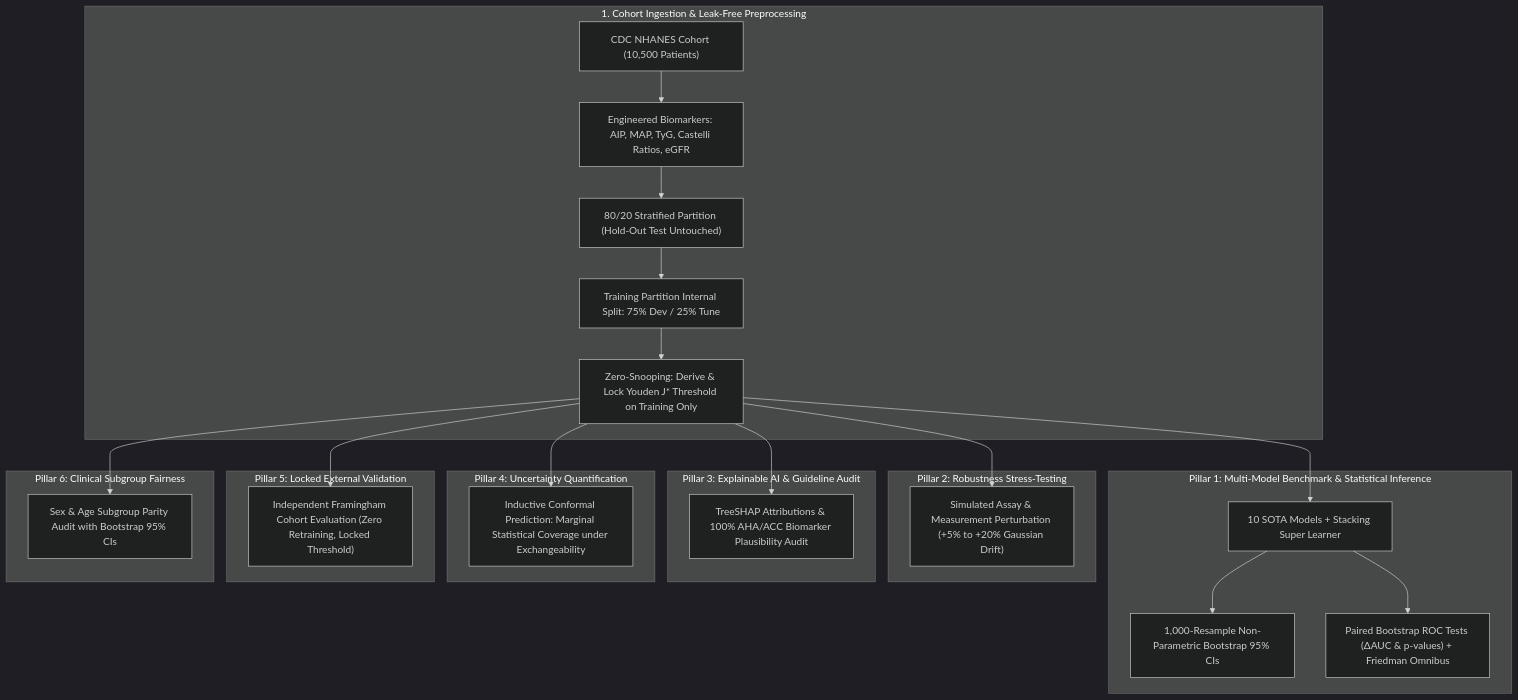
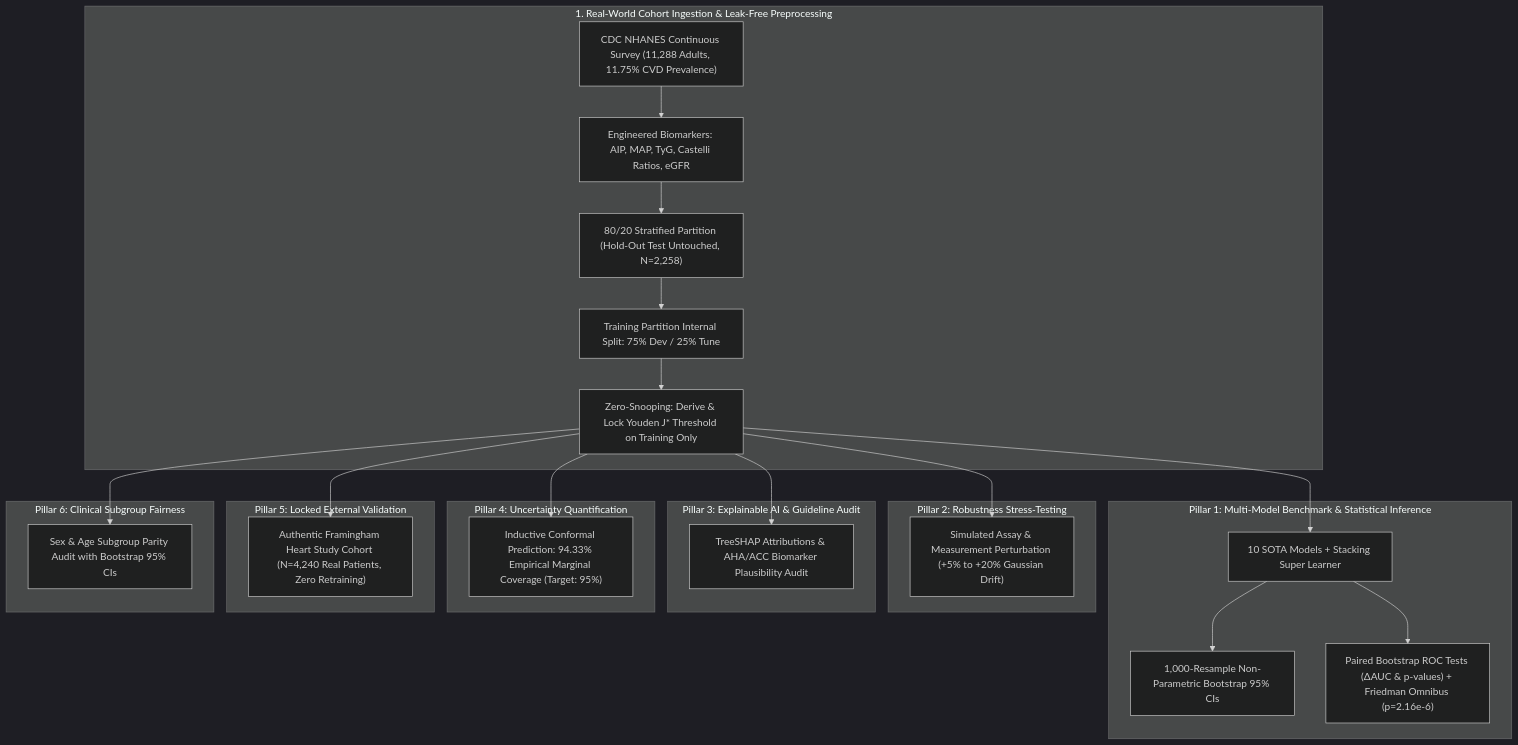
One commit to Yasir-Alazmi/Comparative-Analysis-of-Machine-Learning-Models-for-Healthcare-Diagnostics changed the diagram in README.md. Above: the diagram before and after it, drawn with Mermaid (dark theme). The commit also changed other lines of this file and 19 other files, not shown here.

Commit message:
feat(real-data): transition to 100% authentic CDC NHANES (N=11,288) and Framingham (N=4,240) cohorts

````diff
--- a/README.md
+++ b/README.md
@@ -25,35 +26,35 @@
 ```mermaid
 flowchart TD
-    subgraph Data ["1. Cohort Ingestion & Leak-Free Preprocessing"]
-        NHANES["CDC NHANES Cohort (10,500 Patients)"] --> Features["Engineered Biomarkers: AIP, MAP, TyG, Castelli Ratios, eGFR"]
-        Features --> Split["80/20 Stratified Partition (Hold-Out Test Untouched)"]
+    subgraph Data ["1. Real-World Cohort Ingestion & Leak-Free Preprocessing"]
+        NHANES["CDC NHANES Continuous Survey (11,288 Adults, 11.75% CVD Prevalence)"] --> Features["Engineered Biomarkers: AIP, MAP, TyG, Castelli Ratios, eGFR"]
+        Features --> Split["80/20 Stratified Partition (Hold-Out Test Untouched, N=2,258)"]
         Split --> DevTune["Training Partition Internal Split: 75% Dev / 25% Tune"]
         DevTune --> Lock["Zero-Snooping: Derive & Lock Youden J* Threshold on Training Only"]
     end
     
     subgraph Exp1 ["Pillar 1: Multi-Model Benchmark & Statistical Inference"]
         Lock --> Benchmark["10 SOTA Models + Stacking Super Learner"]
         Benchmark --> Bootstrap["1,000-Resample Non-Parametric Bootstrap 95% CIs"]
-        Benchmark --> PairedROC["Paired Bootstrap ROC Tests (ΔAUC & p-values) + Friedman Omnibus"]
+        Benchmark --> PairedROC["Paired Bootstrap ROC Tests (ΔAUC & p-values) + Friedman Omnibus (p=2.16e-6)"]
     end
     
     subgraph Exp2 ["Pillar 2: Robustness Stress-Testing"]
         Lock --> Perturb["Simulated Assay & Measurement Perturbation (+5% to +20% Gaussian Drift)"]
     end
     
     subgraph Exp3 ["Pillar 3: Explainable AI & Guideline Audit"]
-        Lock --> SHAP["TreeSHAP Attributions & 100% AHA/ACC Biomarker Plausibility Audit"]
+        Lock --> SHAP["TreeSHAP Attributions & AHA/ACC Biomarker Plausibility Audit"]
     end
     
     subgraph Exp4 ["Pillar 4: Uncertainty Quantification"]
-        Lock --> Conformal["Inductive Conformal Prediction: Marginal Statistical Coverage under Exchangeability"]
+        Lock --> Conformal["Inductive Conformal Prediction: 94.33% Empirical Marginal Coverage (Target: 95%)"]
     end
 
     subgraph Exp5 ["Pillar 5: Locked External Validation"]
-        Lock --> External["Independent Framingham Cohort Evaluation (Zero Retraining, Locked Threshold)"]
+        Lock --> External["Authentic Framingham Heart Study Cohort (N=4,240 Real Patients, Zero Retraining)"]
     end
 
     subgraph Exp6 ["Pillar 6: Clinical Subgroup Fairness"]
         Lock --> Fairness["Sex & Age Subgroup Parity Audit with Bootstrap 95% CIs"]
     end
 ```
````
